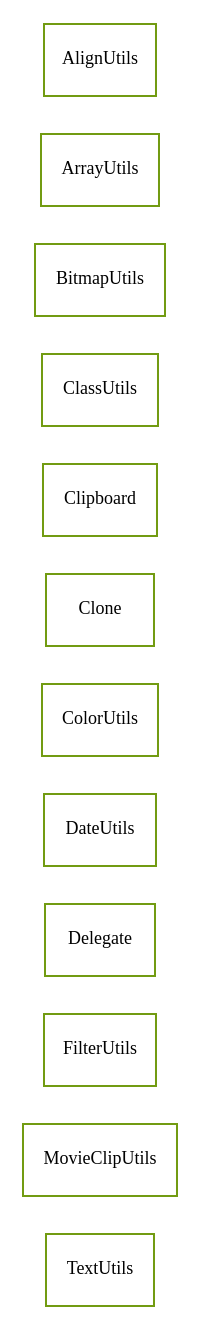
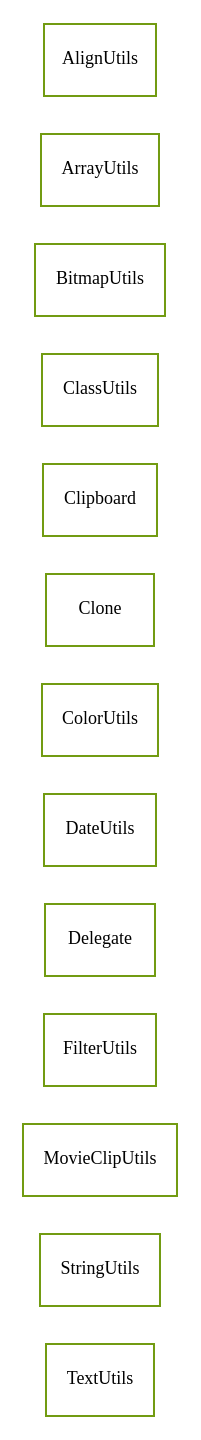
One commit to sekati/sasapi changed the diagram in docs/com/sekati/utils/classes.dot. Above: the diagram before and after it, drawn with Graphviz. The commit also changed 111 other files, not shown here.

```diff
--- a/docs/com/sekati/utils/classes.dot
+++ b/docs/com/sekati/utils/classes.dot
@@ -1,111 +1,120 @@
 strict digraph class_diagram {
   rankdir=LR;
   TypeTextUtils[
     label="TextUtils",
     URL="TextUtils.html",
     tooltip="com.sekati.utils.TextUtils",
+    fontname="Verdana",
+    fontsize="9"
+    color="#729b12"
+    shape="record"
+  ];
+  TypeStringUtils[
+    label="StringUtils",
+    URL="StringUtils.html",
+    tooltip="com.sekati.utils.StringUtils",
     fontname="Verdana",
     fontsize="9"
     color="#729b12"
     shape="record"
   ];
   TypeMovieClipUtils[
     label="MovieClipUtils",
     URL="MovieClipUtils.html",
     tooltip="com.sekati.utils.MovieClipUtils",
     fontname="Verdana",
     fontsize="9"
     color="#729b12"
     shape="record"
   ];
   TypeFilterUtils[
     label="FilterUtils",
     URL="FilterUtils.html",
     tooltip="com.sekati.utils.FilterUtils",
     fontname="Verdana",
     fontsize="9"
     color="#729b12"
     shape="record"
   ];
   TypeDelegate[
     label="Delegate",
     URL="Delegate.html",
     tooltip="com.sekati.utils.Delegate",
     fontname="Verdana",
     fontsize="9"
     color="#729b12"
     shape="record"
   ];
   TypeDateUtils[
     label="DateUtils",
     URL="DateUtils.html",
     tooltip="com.sekati.utils.DateUtils",
     fontname="Verdana",
     fontsize="9"
     color="#729b12"
     shape="record"
   ];
   TypeColorUtils[
     label="ColorUtils",
     URL="ColorUtils.html",
     tooltip="com.sekati.utils.ColorUtils",
     fontname="Verdana",
     fontsize="9"
     color="#729b12"
     shape="record"
   ];
   TypeClone[
     label="Clone",
     URL="Clone.html",
     tooltip="com.sekati.utils.Clone",
     fontname="Verdana",
     fontsize="9"
     color="#729b12"
     shape="record"
   ];
   TypeClipboard[
     label="Clipboard",
     URL="Clipboard.html",
     tooltip="com.sekati.utils.Clipboard",
     fontname="Verdana",
     fontsize="9"
     color="#729b12"
     shape="record"
   ];
   TypeClassUtils[
     label="ClassUtils",
     URL="ClassUtils.html",
     tooltip="com.sekati.utils.ClassUtils",
     fontname="Verdana",
     fontsize="9"
     color="#729b12"
     shape="record"
   ];
   TypeBitmapUtils[
     label="BitmapUtils",
     URL="BitmapUtils.html",
     tooltip="com.sekati.utils.BitmapUtils",
     fontname="Verdana",
     fontsize="9"
     color="#729b12"
     shape="record"
   ];
   TypeArrayUtils[
     label="ArrayUtils",
     URL="ArrayUtils.html",
     tooltip="com.sekati.utils.ArrayUtils",
     fontname="Verdana",
     fontsize="9"
     color="#729b12"
     shape="record"
   ];
   TypeAlignUtils[
     label="AlignUtils",
     URL="AlignUtils.html",
     tooltip="com.sekati.utils.AlignUtils",
     fontname="Verdana",
     fontsize="9"
     color="#729b12"
     shape="record"
   ];
 }
```
